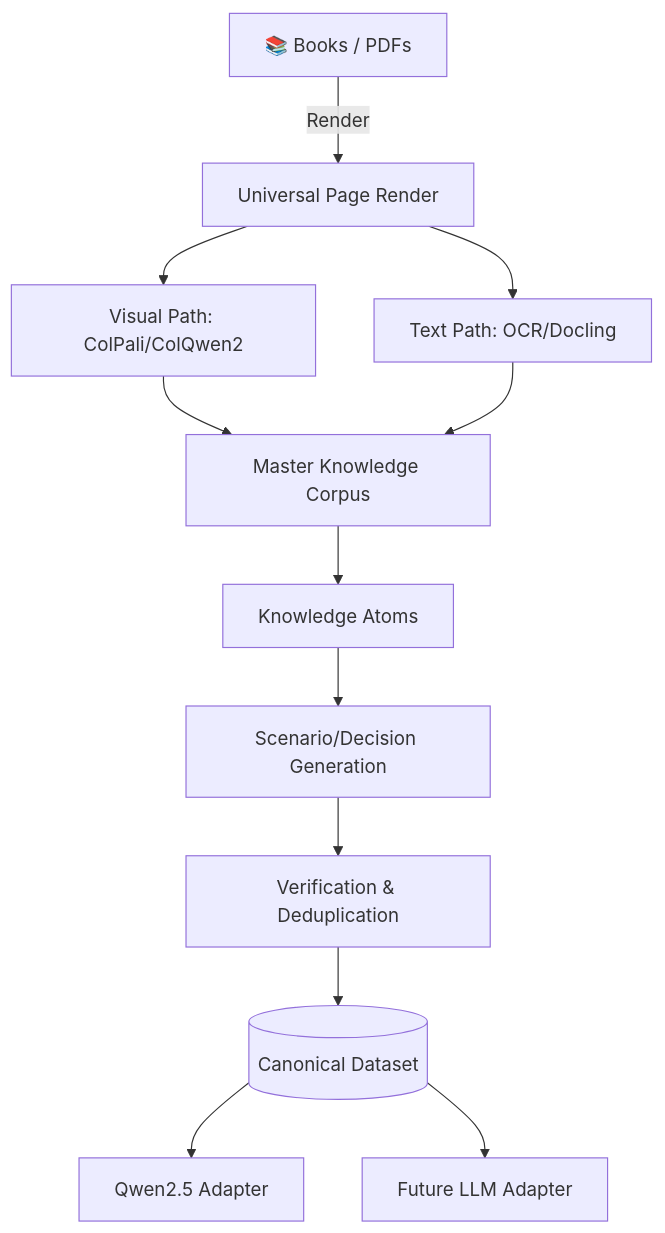
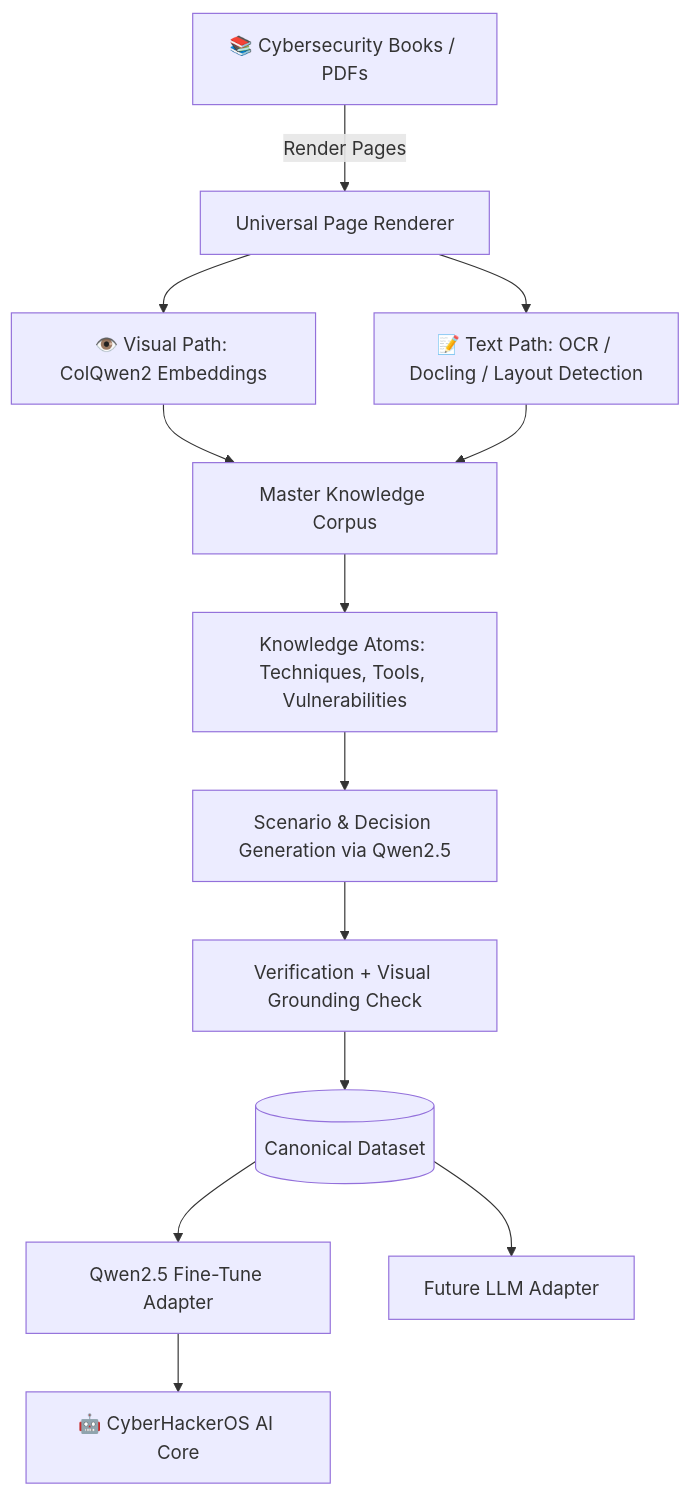
The diagram in README.md (ankit-sengupta05/CyberX), drawn with Mermaid before and after one commit. The commit also changed other lines of this file, not shown here.

Commit message:
docs: rewrite README to reflect CyberHackerOS as LLM-integrated Kali OS with guardrails

````diff
--- a/README.md
+++ b/README.md
@@ -37,14 +64,15 @@
 ```mermaid
 graph TD;
-    A[📚 Books / PDFs] -->|Render| B[Universal Page Render];
-    B --> C[Visual Path: ColPali/ColQwen2];
-    B --> D[Text Path: OCR/Docling];
+    A[📚 Cybersecurity Books / PDFs] -->|Render Pages| B[Universal Page Renderer];
+    B --> C[👁️ Visual Path: ColQwen2 Embeddings];
+    B --> D[📝 Text Path: OCR / Docling / Layout Detection];
     C --> E[Master Knowledge Corpus];
     D --> E;
-    E --> F[Knowledge Atoms];
-    F --> G[Scenario/Decision Generation];
-    G --> H[Verification & Deduplication];
+    E --> F[Knowledge Atoms: Techniques, Tools, Vulnerabilities];
+    F --> G[Scenario & Decision Generation via Qwen2.5];
+    G --> H[Verification + Visual Grounding Check];
     H --> I[(Canonical Dataset)];
-    I --> J[Qwen2.5 Adapter];
+    I --> J[Qwen2.5 Fine-Tune Adapter];
     I --> K[Future LLM Adapter];
+    J --> L[🤖 CyberHackerOS AI Core];
 ```
````
